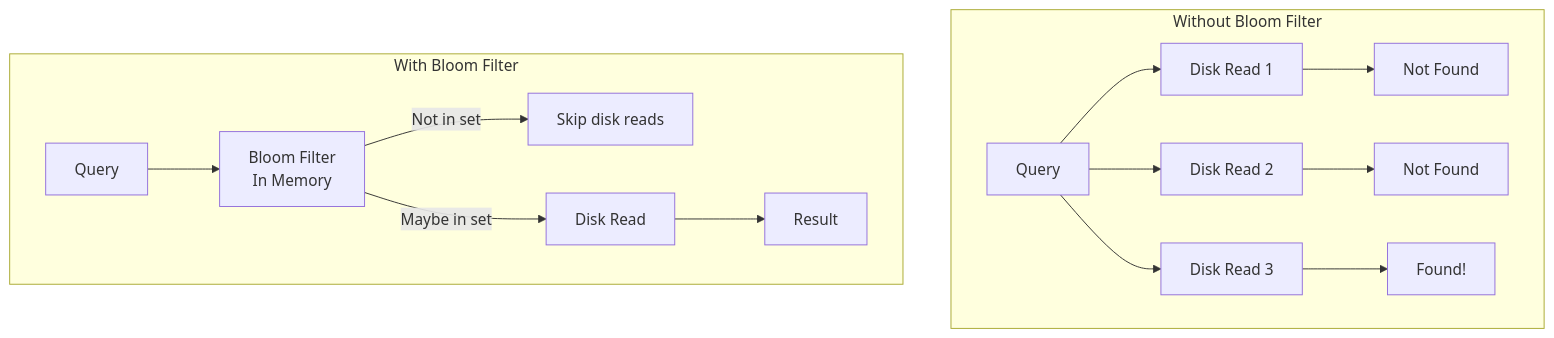
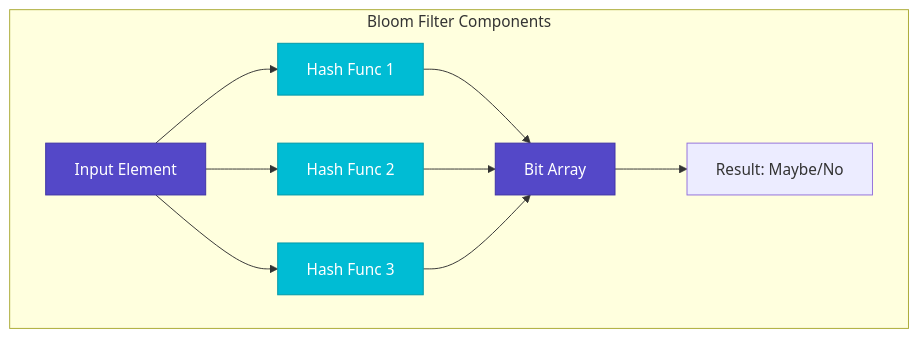
The second of 6 diagrams in docs/pattern-library/data-management/bloom-filter.md (deepaucksharma/DStudio), drawn with Mermaid before and after one commit. The commit also changed other lines of this file and 23 other files, not shown here.

````diff
--- a/docs/pattern-library/data-management/bloom-filter.md
+++ b/docs/pattern-library/data-management/bloom-filter.md
@@ -227,18 +118,18 @@
 ```mermaid
 graph TB
- subgraph "Without Bloom Filter"
- Q1[Query] --> D1[Disk Read 1]
- Q1 --> D2[Disk Read 2]
- Q1 --> D3[Disk Read 3]
- D1 --> NF1[Not Found]
- D2 --> NF2[Not Found]
- D3 --> F[Found!]
- end
- 
- subgraph "With Bloom Filter"
- Q2[Query] --> BF[Bloom Filter<br/>In Memory]
- BF -->|Not in set| Skip[Skip disk reads]
- BF -->|Maybe in set| D4[Disk Read]
- D4 --> R[Result]
- end
+    subgraph "Bloom Filter Components"
+        I[Input Element] --> H1[Hash Func 1]
+        I --> H2[Hash Func 2]
+        I --> H3[Hash Func 3]
+        H1 --> B[Bit Array]
+        H2 --> B
+        H3 --> B
+        B --> R[Result: Maybe/No]
+    end
+    
+    classDef primary fill:#5448C8,stroke:#3f33a6,color:#fff
+    classDef secondary fill:#00BCD4,stroke:#0097a7,color:#fff
+    
+    class I,B primary
+    class H1,H2,H3 secondary
 ```
````
